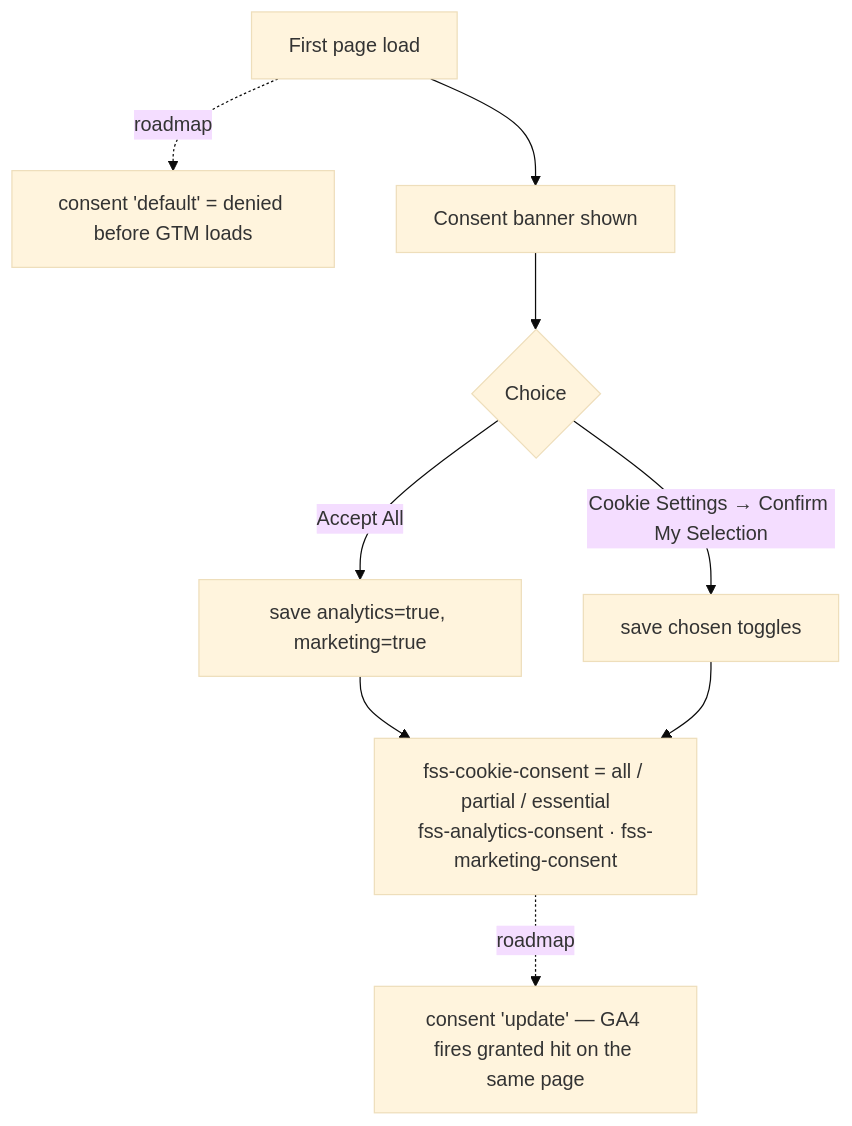
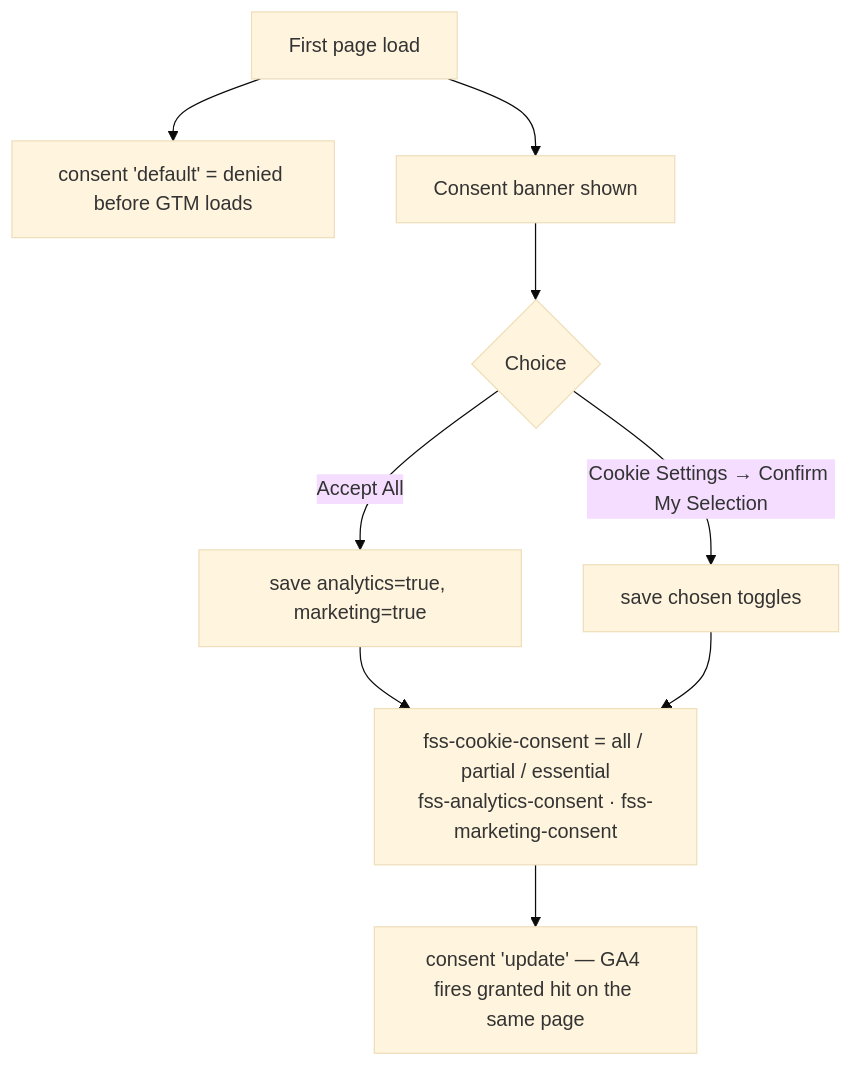
One commit to sathittham/factory-sync-solutions changed the first of 4 diagrams in docs/product/cookie-consent/user-journeys.md. Above: the diagram before and after it, drawn with Mermaid (base theme). The commit also changed other lines of this file and 9 other files, not shown here.

````diff
--- a/docs/product/cookie-consent/user-journeys.md
+++ b/docs/product/cookie-consent/user-journeys.md
@@ -26,10 +27,10 @@
 ```mermaid
 flowchart TD
-    A["First page load"] -.->|roadmap| B["consent 'default' = denied before GTM loads"]
+    A["First page load"] --> B["consent 'default' = denied before GTM loads"]
     A --> C["Consent banner shown"]
     C --> D{"Choice"}
     D -->|"Accept All"| E["save analytics=true, marketing=true"]
     D -->|"Cookie Settings → Confirm My Selection"| F["save chosen toggles"]
     E & F --> G["fss-cookie-consent = all / partial / essential<br/>fss-analytics-consent · fss-marketing-consent"]
-    G -.->|roadmap| H["consent 'update' — GA4 fires granted hit on the same page"]
+    G --> H["consent 'update' — GA4 fires granted hit on the same page"]
 ```
````
